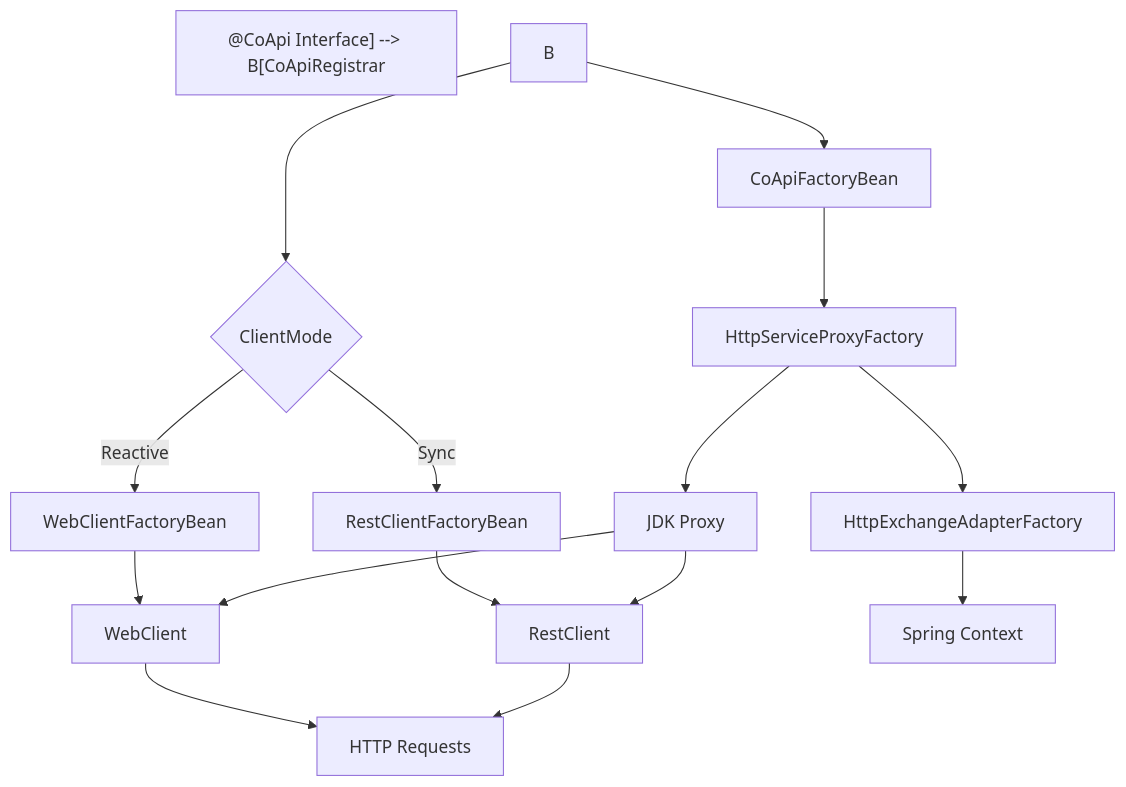
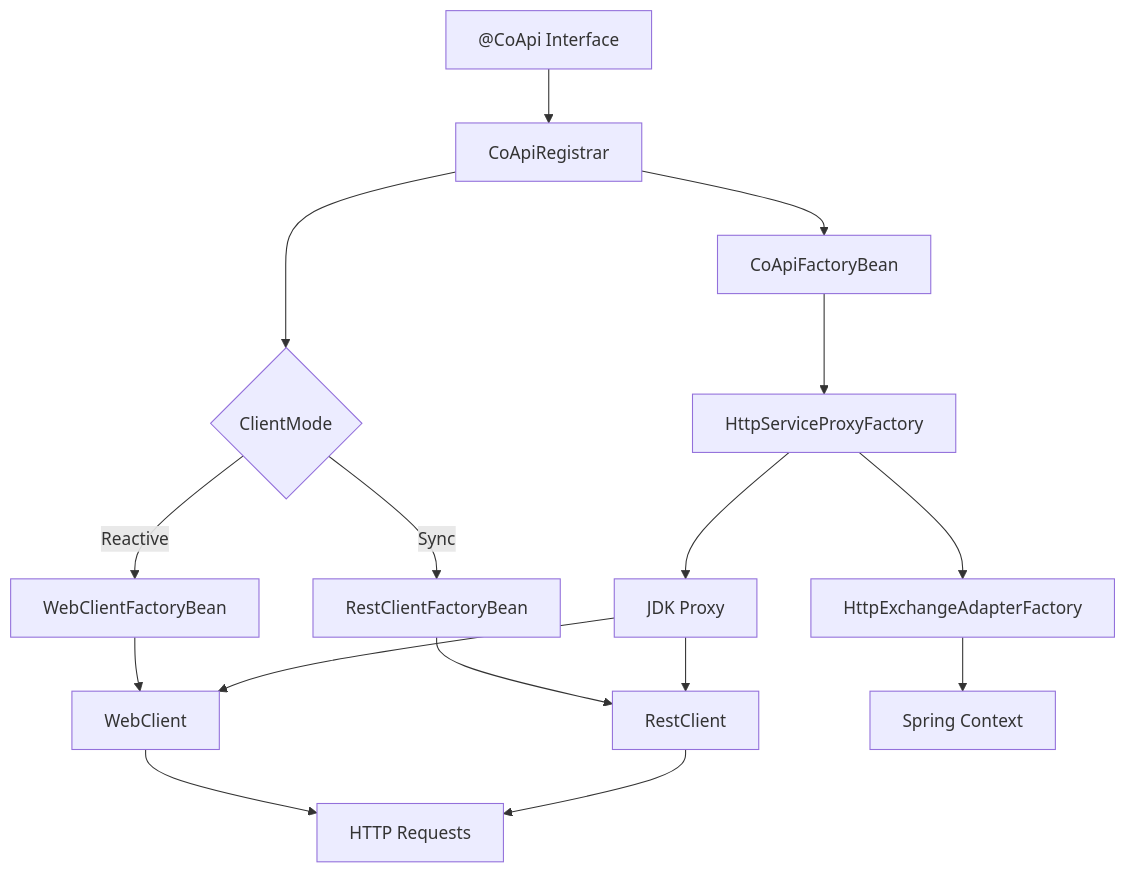
One commit to Ahoo-Wang/CoApi changed the first of 3 diagrams in wiki/onboarding/staff-engineer-guide.md. Above: the diagram before and after it, drawn with Mermaid. The commit also changed 1 other file, not shown here.

Commit message:
fix(wiki): fix Mermaid syntax in staff-engineer-guide diagrams

````diff
--- a/wiki/onboarding/staff-engineer-guide.md
+++ b/wiki/onboarding/staff-engineer-guide.md
@@ -22,19 +22,18 @@
 ```mermaid
 graph TD
-    A["@CoApi Interface] --> B[CoApiRegistrar"]
+    A["@CoApi Interface"] --> B[CoApiRegistrar]
     B --> C{ClientMode}
     C -->|Reactive| D[WebClientFactoryBean]
     C -->|Sync| E[RestClientFactoryBean]
     D --> F[WebClient]
     E --> G[RestClient]
     B --> H[CoApiFactoryBean]
     H --> I[HttpServiceProxyFactory]
     I --> J[JDK Proxy]
     F --> K[HTTP Requests]
     G --> K
     J --> F
     J --> G
     I --> L[HttpExchangeAdapterFactory]
     L --> M[Spring Context]
-    
 ```
````
